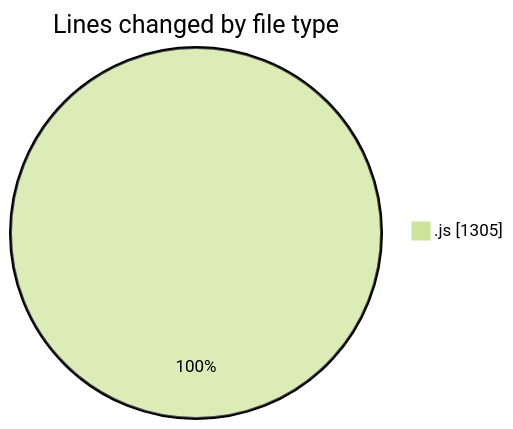
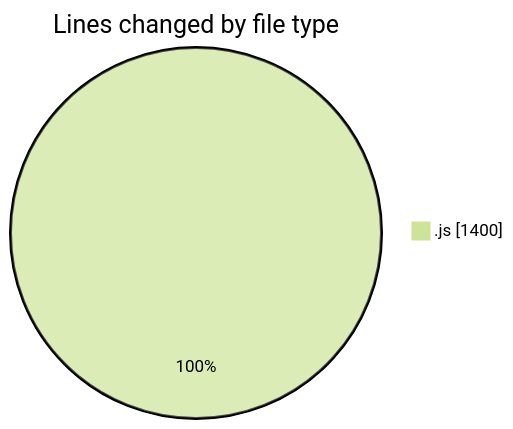
The first of 2 diagrams in 2025-04-03/jsvms/README.md (BS-eng2023/code-tracking), drawn with Mermaid (forest theme) before and after one commit. The commit also changed other lines of this file and 1 other file, not shown here.

````diff
--- a/2025-04-03/jsvms/README.md
+++ b/2025-04-03/jsvms/README.md
@@ -29,5 +30,5 @@
 ```mermaid
 pie showData
 title Lines changed by file type
-".js" : 1305
+".js" : 1400
 ```
````
